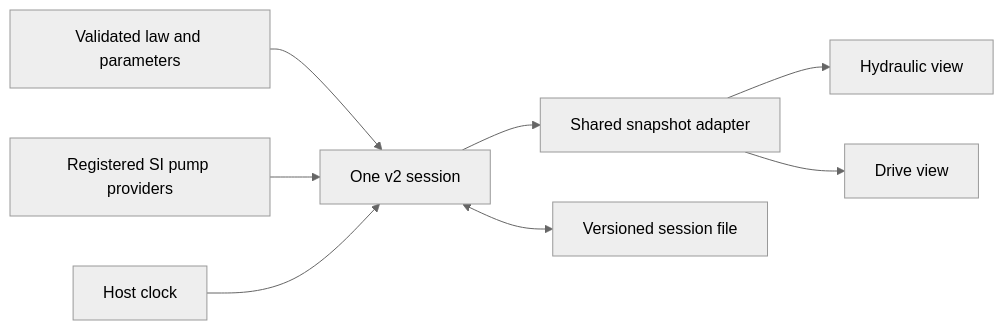
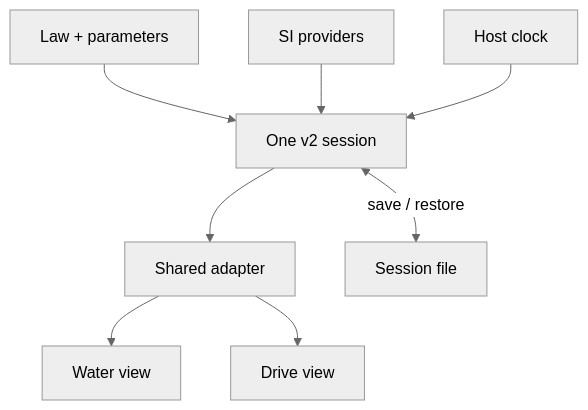
One commit to Valpatel/cad-agent changed the diagram in software/cadagent/webkit/scada/sim/examples/model-switching/README.md. Above: the diagram before and after it, drawn with Mermaid (neutral theme). The commit also changed other lines of this file and 27 other files, not shown here.

````diff
--- a/software/cadagent/webkit/scada/sim/examples/model-switching/README.md
+++ b/software/cadagent/webkit/scada/sim/examples/model-switching/README.md
@@ -19,10 +19,10 @@
 ```mermaid
-flowchart LR
-  Config[Validated law and parameters] --> Model[One v2 session]
-  Providers[Registered SI pump providers] --> Model
-  Clock[Host clock] --> Model
-  Model --> Adapter[Shared snapshot adapter]
-  Adapter --> Water[Hydraulic view]
-  Adapter --> Drive[Drive view]
-  Model <--> File[Versioned session file]
+flowchart TD
+  Config["Law + parameters"] --> Model["One v2 session"]
+  Providers["SI providers"] --> Model
+  Clock["Host clock"] --> Model
+  Model --> Adapter["Shared adapter"]
+  Adapter --> Water["Water view"]
+  Adapter --> Drive["Drive view"]
+  Model <-->|"save / restore"| File["Session file"]
 ```
````
